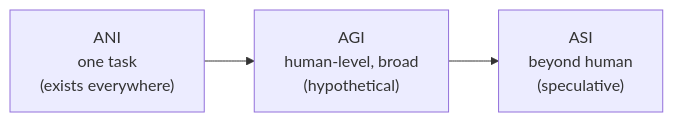
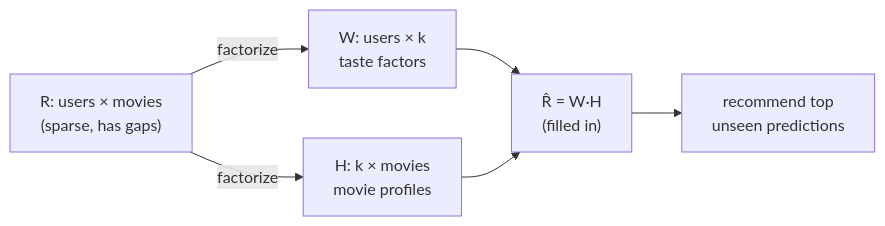
The first of 2 diagrams in ai-ml-encyclopedia/ch01.qmd (kader-xai/kader-xai.github.io), drawn with Mermaid before and after one commit. The commit also changed other lines of this file and 47 other files, not shown here.

````diff
--- a/ai-ml-encyclopedia/ch01.qmd
+++ b/ai-ml-encyclopedia/ch01.qmd
@@ -204,4 +311,8 @@
 ```{mermaid}
 flowchart LR
-    ANI["ANI<br/>one task<br/>(exists everywhere)"] --> AGI["AGI<br/>human-level, broad<br/>(hypothetical)"] --> ASI["ASI<br/>beyond human<br/>(speculative)"]
+  R["R: users × movies<br/>(sparse, has gaps)"] -->|factorize| W["W: users × k<br/>taste factors"]
+  R -->|factorize| H["H: k × movies<br/>movie profiles"]
+  W --> P["R̂ = W·H<br/>(filled in)"]
+  H --> P
+  P --> REC["recommend top<br/>unseen predictions"]
 ```
````
